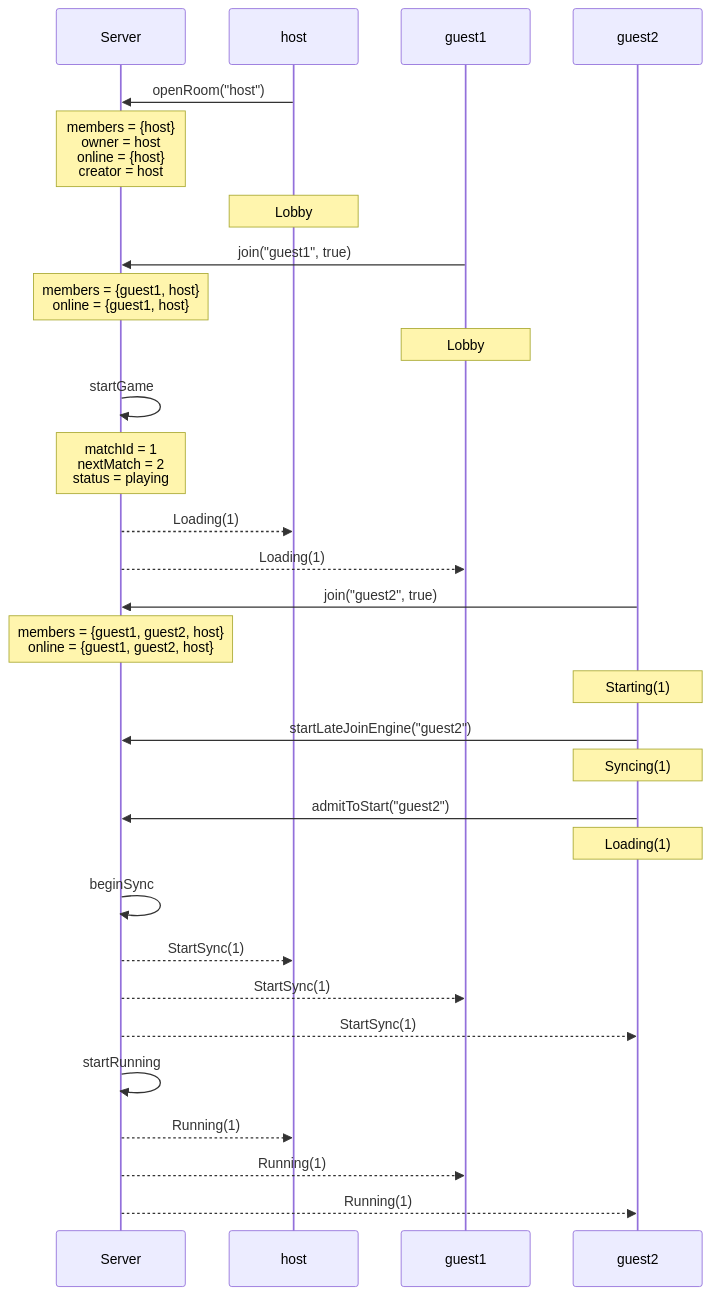
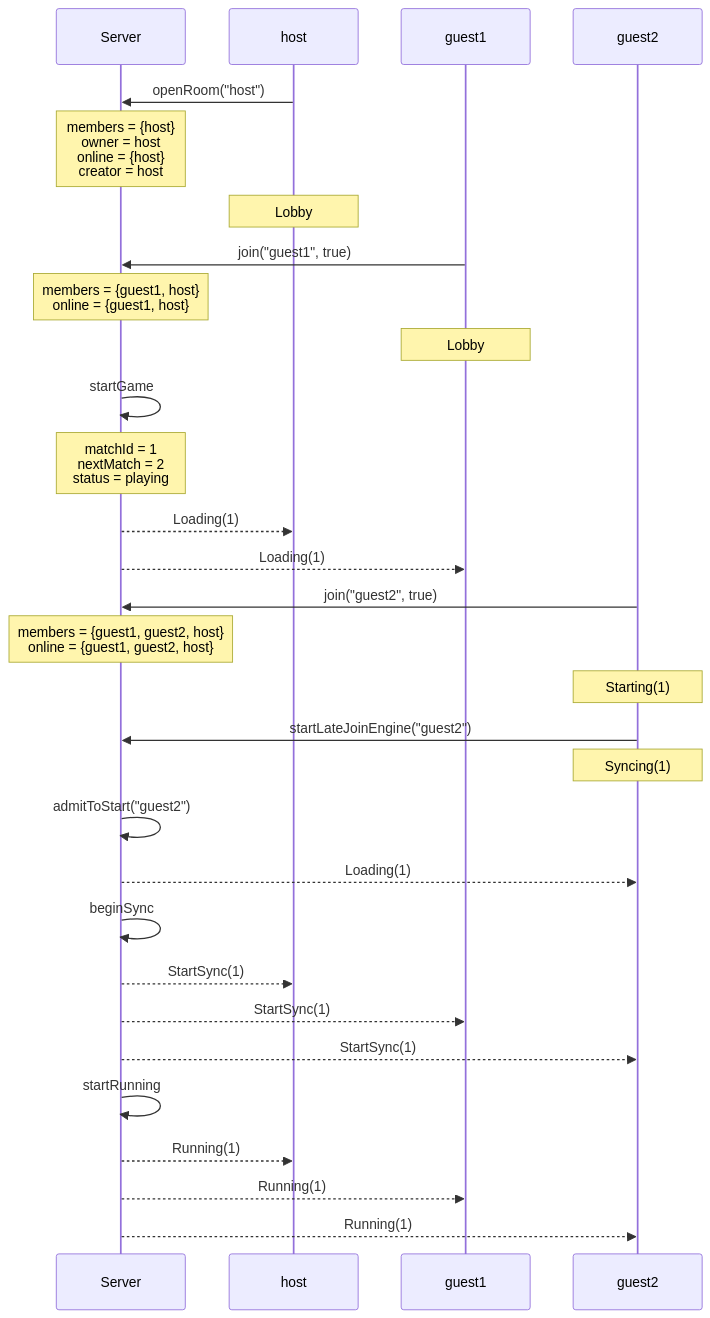
One commit to kwilson21/kaillera-next changed the sixth of 7 diagrams in docs/spec-traces.md. Above: the diagram before and after it, drawn with Mermaid. The commit also changed other lines of this file and 3 other files, not shown here.

First line of the commit message:
Trace diagrams: hub-owned actions, exact variants, unordered sets, one-line runs

````diff
--- a/docs/spec-traces.md
+++ b/docs/spec-traces.md
@@ -158,32 +158,32 @@
 ```mermaid
 sequenceDiagram
   participant Server
   participant host
   participant guest1
   participant guest2
   host->>Server: openRoom("host")
   Note over Server: members = {host}<br/>owner = host<br/>online = {host}<br/>creator = host
   Note over host: Lobby
   guest1->>Server: join("guest1", true)
   Note over Server: members = {guest1, host}<br/>online = {guest1, host}
   Note over guest1: Lobby
   Server->>Server: startGame
   Note over Server: matchId = 1<br/>nextMatch = 2<br/>status = playing
   Server-->>host: Loading(1)
   Server-->>guest1: Loading(1)
   guest2->>Server: join("guest2", true)
   Note over Server: members = {guest1, guest2, host}<br/>online = {guest1, guest2, host}
   Note over guest2: Starting(1)
   guest2->>Server: startLateJoinEngine("guest2")
   Note over guest2: Syncing(1)
-  guest2->>Server: admitToStart("guest2")
-  Note over guest2: Loading(1)
+  Server->>Server: admitToStart("guest2")
+  Server-->>guest2: Loading(1)
   Server->>Server: beginSync
   Server-->>host: StartSync(1)
   Server-->>guest1: StartSync(1)
   Server-->>guest2: StartSync(1)
   Server->>Server: startRunning
   Server-->>host: Running(1)
   Server-->>guest1: Running(1)
   Server-->>guest2: Running(1)
 ```
````
